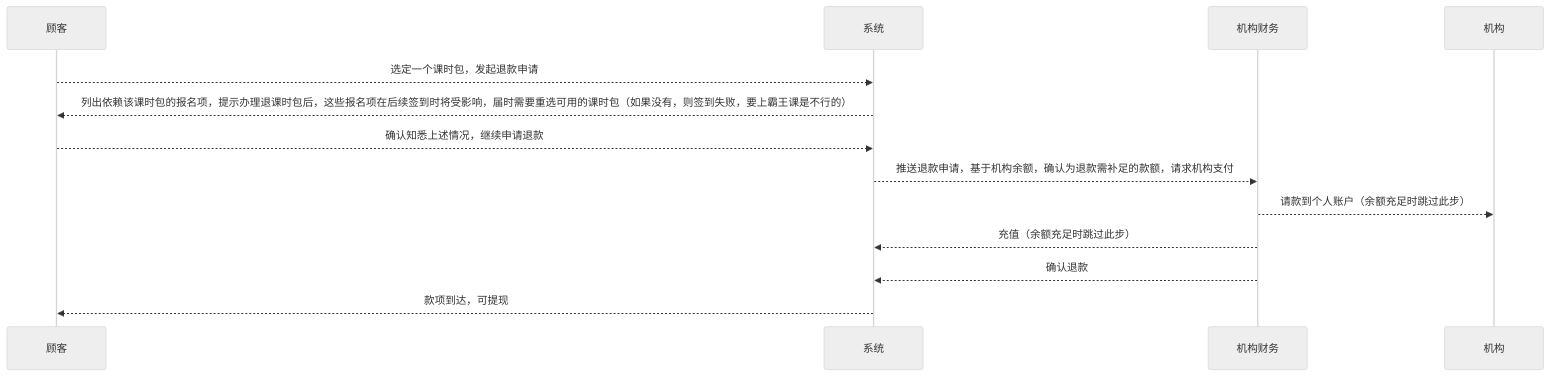
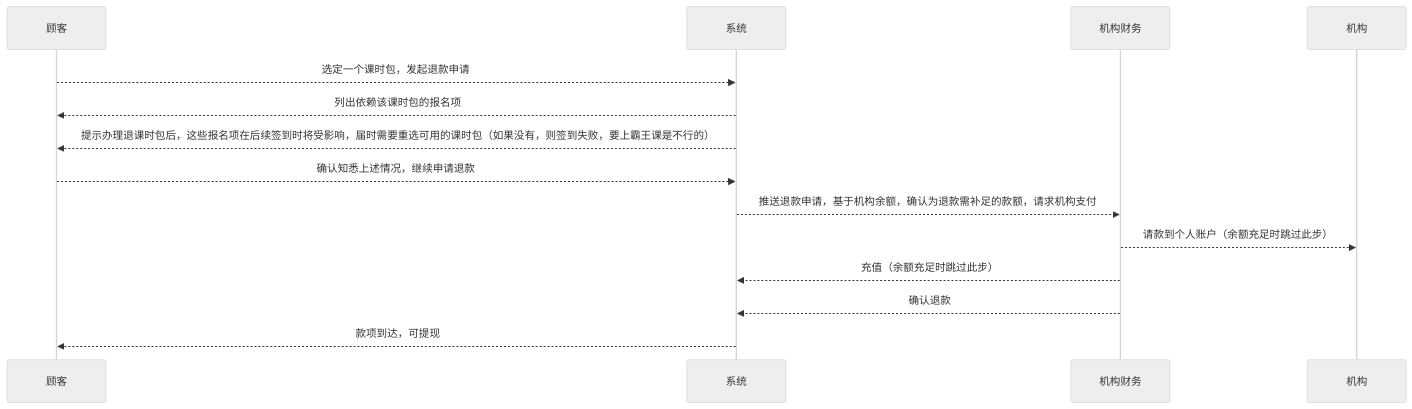
The diagram in 模块/课时包/用例/退课时包.md (world-wide-web/sign), drawn with Mermaid (neutral theme) before and after one commit. The commit also changed other lines of this file, not shown here.

````diff
--- a/模块/课时包/用例/退课时包.md
+++ b/模块/课时包/用例/退课时包.md
@@ -11,19 +11,21 @@
 	```mermaid
 	sequenceDiagram
 
 	顾客-->>系统: 选定一个课时包，发起退款申请
 
-	系统-->>顾客: 列出依赖该课时包的报名项，提示办理退课时包后，这些报名项在后续签到时将受影响，届时需要重选可用的课时包（如果没有，则签到失败，要上霸王课是不行的）
+	系统-->>顾客: 列出依赖该课时包的报名项
+
+	系统-->>顾客: 提示办理退课时包后，这些报名项在后续签到时将受影响，届时需要重选可用的课时包（如果没有，则签到失败，要上霸王课是不行的）
 
 	顾客-->>系统: 确认知悉上述情况，继续申请退款
 
 	系统-->>机构财务: 推送退款申请，基于机构余额，确认为退款需补足的款额，请求机构支付
 
 	机构财务-->>机构: 请款到个人账户（余额充足时跳过此步）
 	
 	机构财务-->>系统: 充值（余额充足时跳过此步）
 	
 	机构财务-->>系统: 确认退款
 
 	系统-->>顾客: 款项到达，可提现
 	```
````
